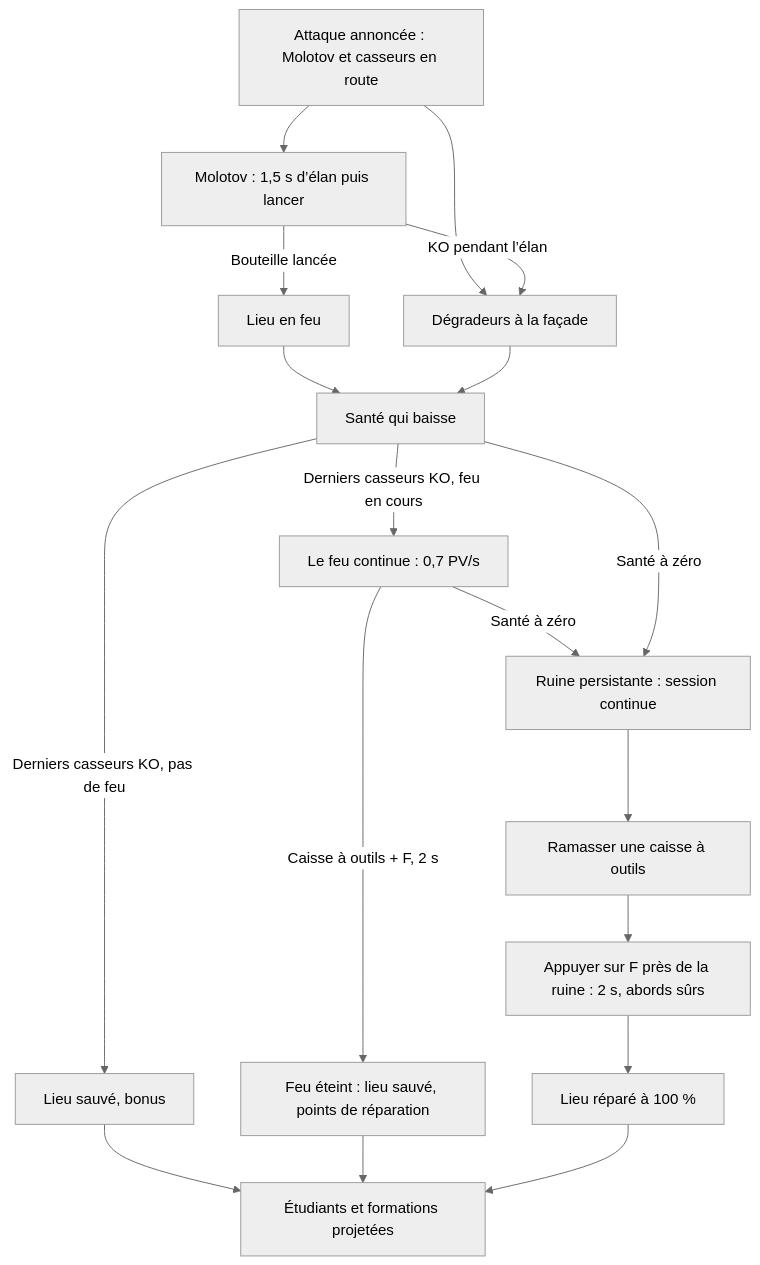
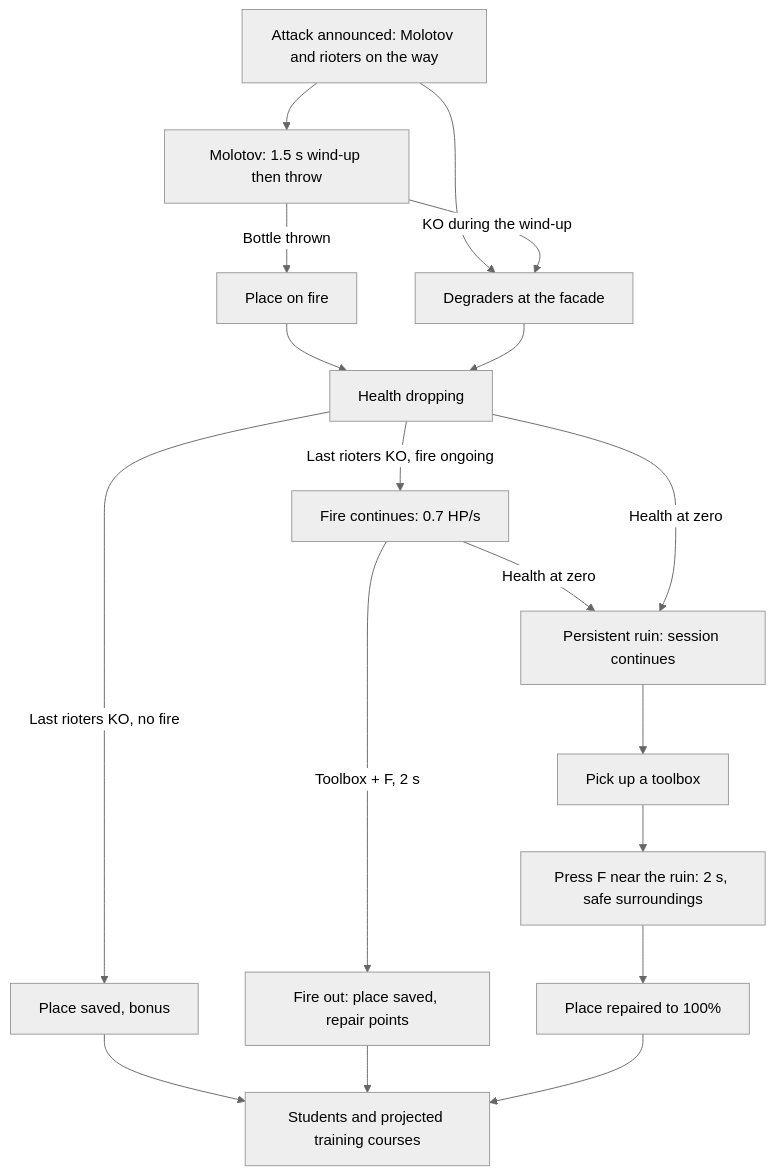
The diagram in docs/SPECS - Places, Monument and Services.md (thlaure/BreakBreaker), drawn with Mermaid (neutral theme) before and after one commit. The commit also changed other lines of this file and 10 other files, not shown here.

````diff
--- a/docs/SPECS - Places, Monument and Services.md
+++ b/docs/SPECS - Places, Monument and Services.md
@@ -12,20 +12,20 @@
 ```mermaid
 flowchart TD
-  A[Attaque annoncée : Molotov et casseurs en route] --> B[Molotov : 1,5 s d’élan puis lancer]
-  A --> C[Dégradeurs à la façade]
-  B -->|KO pendant l’élan| C
-  B -->|Bouteille lancée| D[Lieu en feu]
-  D --> E[Santé qui baisse]
+  A[Attack announced: Molotov and rioters on the way] --> B[Molotov: 1.5 s wind-up then throw]
+  A --> C[Degraders at the facade]
+  B -->|KO during the wind-up| C
+  B -->|Bottle thrown| D[Place on fire]
+  D --> E[Health dropping]
   C --> E
-  E -->|Derniers casseurs KO, pas de feu| F[Lieu sauvé, bonus]
-  E -->|Derniers casseurs KO, feu en cours| S[Le feu continue : 0,7 PV/s]
-  S -->|Caisse à outils + F, 2 s| F2[Feu éteint : lieu sauvé, points de réparation]
-  S -->|Santé à zéro| G
-  E -->|Santé à zéro| G[Ruine persistante : session continue]
-  G --> H[Ramasser une caisse à outils]
-  H --> I[Appuyer sur F près de la ruine : 2 s, abords sûrs]
-  I --> J[Lieu réparé à 100 %]
-  F --> K[Étudiants et formations projetées]
+  E -->|Last rioters KO, no fire| F[Place saved, bonus]
+  E -->|Last rioters KO, fire ongoing| S[Fire continues: 0.7 HP/s]
+  S -->|Toolbox + F, 2 s| F2[Fire out: place saved, repair points]
+  S -->|Health at zero| G
+  E -->|Health at zero| G[Persistent ruin: session continues]
+  G --> H[Pick up a toolbox]
+  H --> I[Press F near the ruin: 2 s, safe surroundings]
+  I --> J[Place repaired to 100%]
+  F --> K[Students and projected training courses]
   F2 --> K
   J --> K
 ```
````
